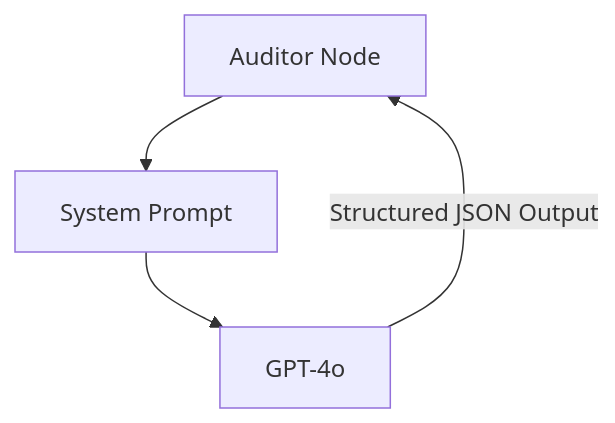
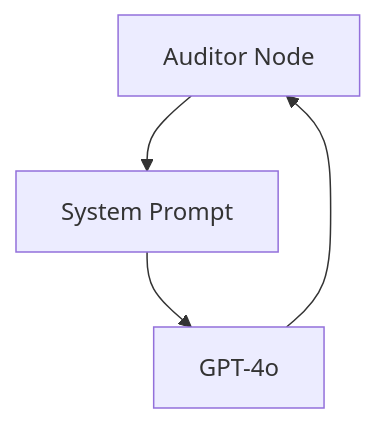
The fourth of 5 diagrams in README.md (duyilemi/video_audit_ai), drawn with Mermaid before and after one commit. The commit also changed other lines of this file, not shown here.

````diff
--- a/README.md
+++ b/README.md
@@ -66,6 +67,6 @@
 ```mermaid
 graph TB
-Auditor[Auditor Node] --> Prompt[System Prompt]
+AuditorNode[Auditor Node] --> Prompt[System Prompt]
 Prompt --> LLM[GPT-4o]
-LLM -->|Structured JSON Output| Auditor
+LLM --> AuditorNode
 ```
````
